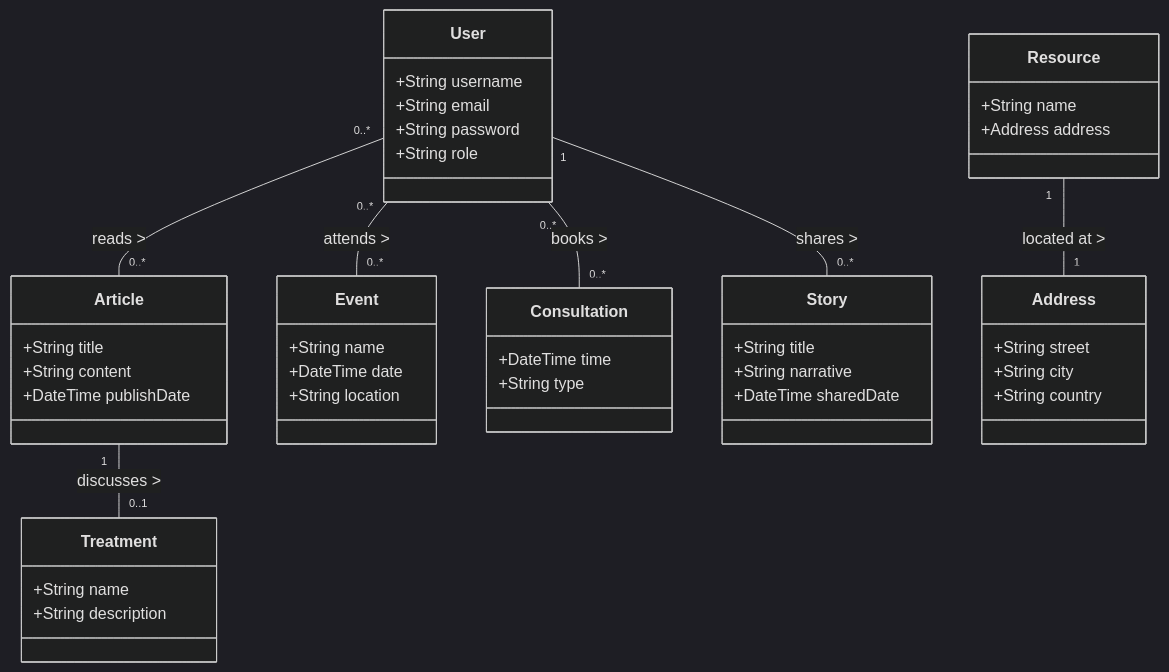
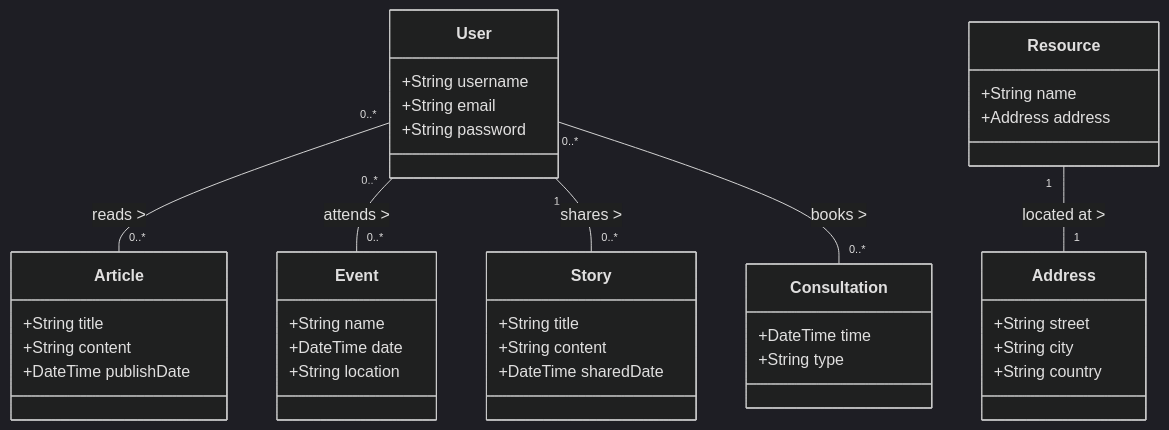
The diagram in README.md (joey557/aidsbridge), drawn with Mermaid (dark theme) before and after one commit. The commit also changed 1 other file, not shown here.

````diff
--- a/README.md
+++ b/README.md
@@ -58,52 +58,47 @@
 ```mermaid
 ---
 Object Model for AIDBRIDGE platform
 ---
 classDiagram
     class User {
       +String username
       +String email
       +String password
-      +String role
     }
     class Article {
       +String title
       +String content
       +DateTime publishDate
     }
     class Event {
       +String name
       +DateTime date
       +String location
     }
     class Resource {
       +String name
       +Address address
     }
-    class Treatment {
-      +String name
-      +String description
-    }
     class Consultation {
       +DateTime time
       +String type
     }
     class Story {
       +String title
-      +String narrative
+      +String content
       +DateTime sharedDate
     }
     class Address {
       +String street
       +String city
       +String country
     }
 
     User "0..*" -- "0..*" Article : reads >
     User "0..*" -- "0..*" Event : attends >
     User "1" -- "0..*" Story : shares >
     User "0..*" -- "0..*" Consultation : books >
     Resource "1" -- "1" Address : located at >
-    Article "1" -- "0..1" Treatment : discusses >
+
     
 ```
````
